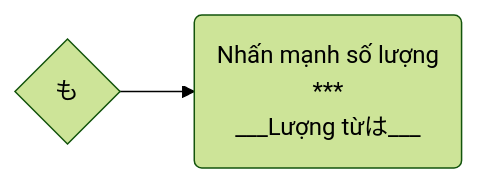
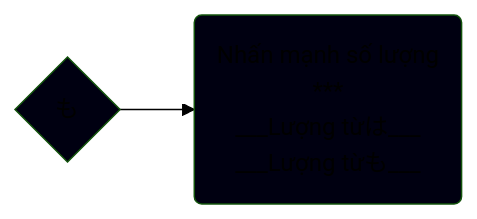
Before and after one commit to tea1504/learn: the diagram in TroTu/も.md, drawn with Mermaid (forest theme). The commit also changed 12 other files, not shown here.

````diff
--- a/TroTu/も.md
+++ b/TroTu/も.md
@@ -1,6 +1,9 @@
 ```mermaid
 graph LR;
 	tt{も}
 
-	tt-->nhanManhSoLuong(Nhấn mạnh số lượng\n***\n___Lượng từは___)
+	tt-->nhanManhSoLuong(Nhấn mạnh số lượng\n***\n___Lượng từは___\n___Lượng từも___)
+
+	style tt fill:#001
+	style nhanManhSoLuong fill:#001
 ```
````
